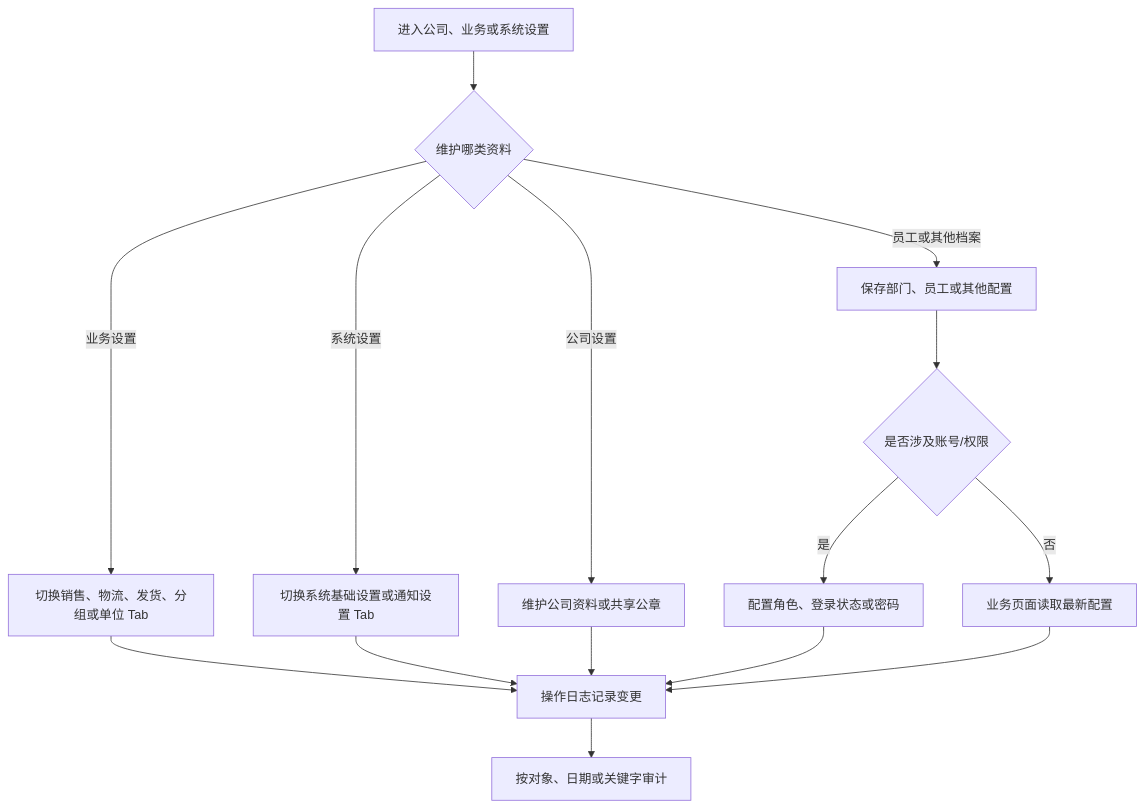
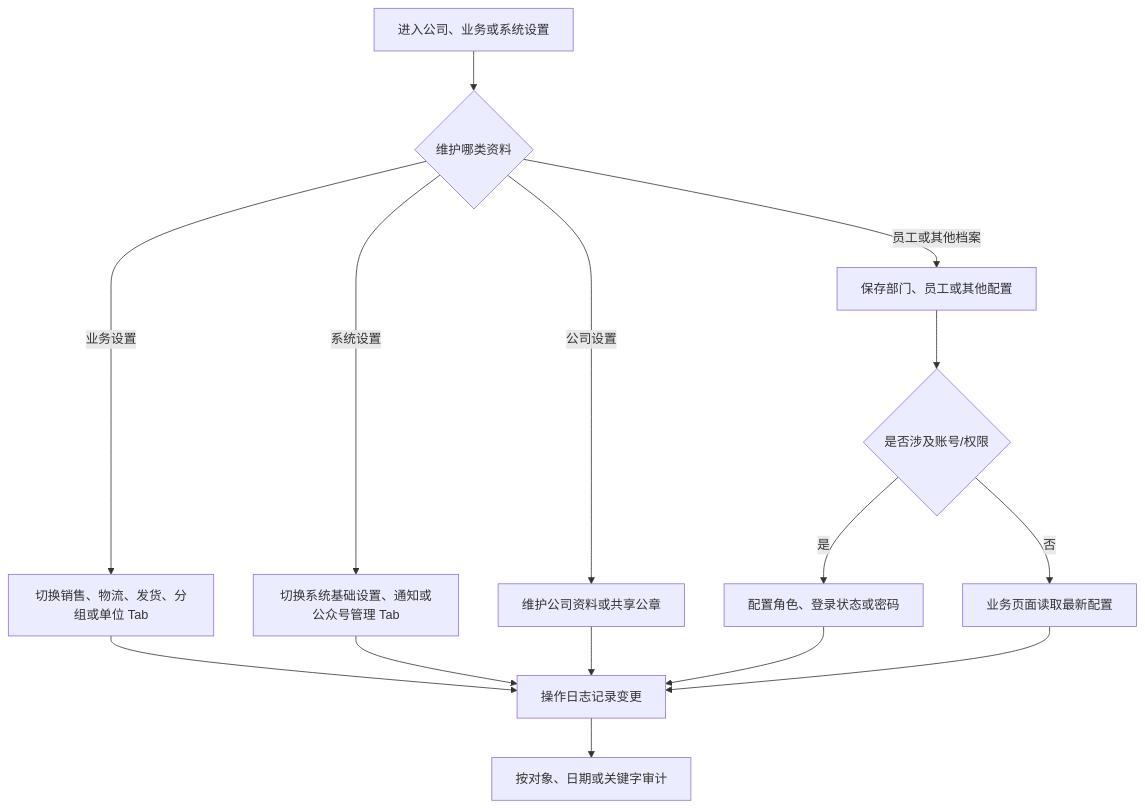
Before and after one commit to Backstage2539/KFerp: the diagram in orderapp-remote/docs/OP_MANUAL_SETTINGS_AUDIT.md, drawn with Mermaid. The commit also changed other lines of this file and 23 other files, not shown here.

````diff
--- a/orderapp-remote/docs/OP_MANUAL_SETTINGS_AUDIT.md
+++ b/orderapp-remote/docs/OP_MANUAL_SETTINGS_AUDIT.md
@@ -13,17 +13,17 @@
 ```mermaid
 flowchart TD
   A["进入公司、业务或系统设置"] --> B{"维护哪类资料"}
   B -->|公司设置| K["维护公司资料或共享公章"]
   B -->|业务设置| C["切换销售、物流、发货、分组或单位 Tab"]
-  B -->|系统设置| D["切换系统基础设置或通知设置 Tab"]
+  B -->|系统设置| D["切换系统基础设置、通知或公众号管理 Tab"]
   B -->|员工或其他档案| E["保存部门、员工或其他配置"]
   E --> F{"是否涉及账号/权限"}
   F -->|是| G["配置角色、登录状态或密码"]
   F -->|否| H["业务页面读取最新配置"]
   C --> I["操作日志记录变更"]
   D --> I
   K --> I
   G --> I
   H --> I
   I --> J["按对象、日期或关键字审计"]
 ```
````
